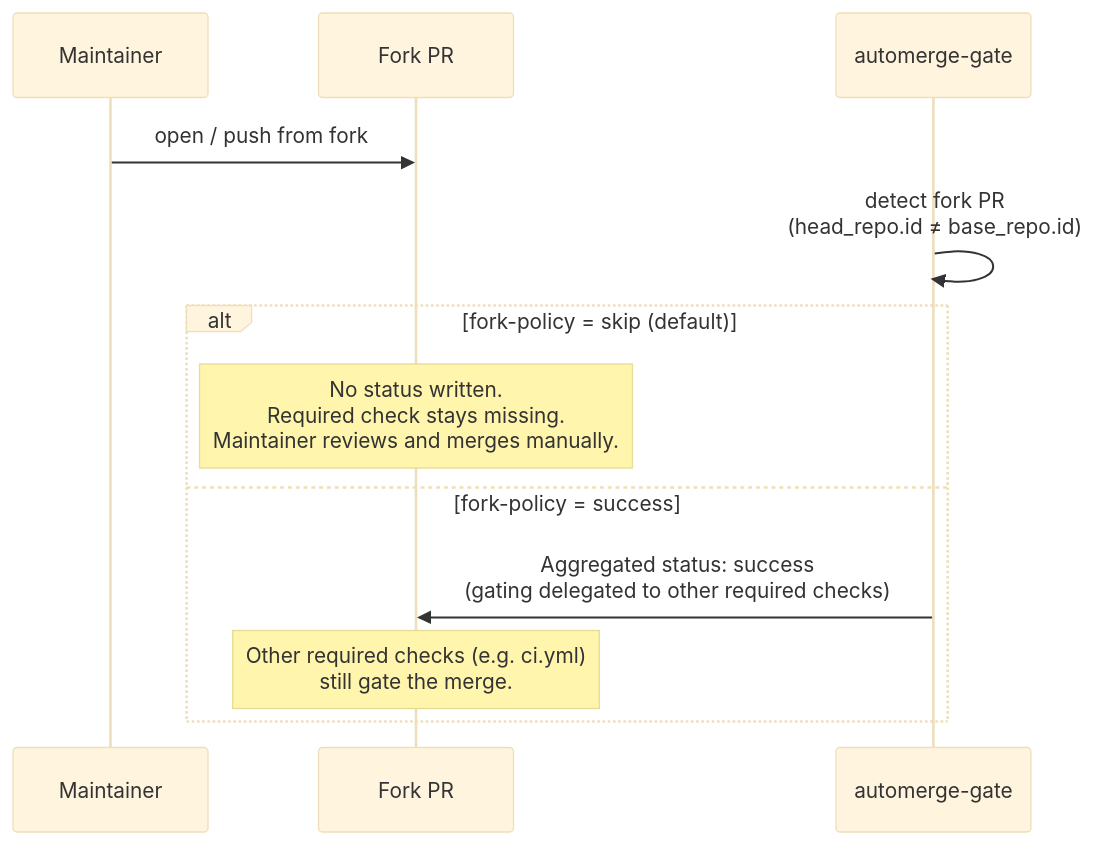
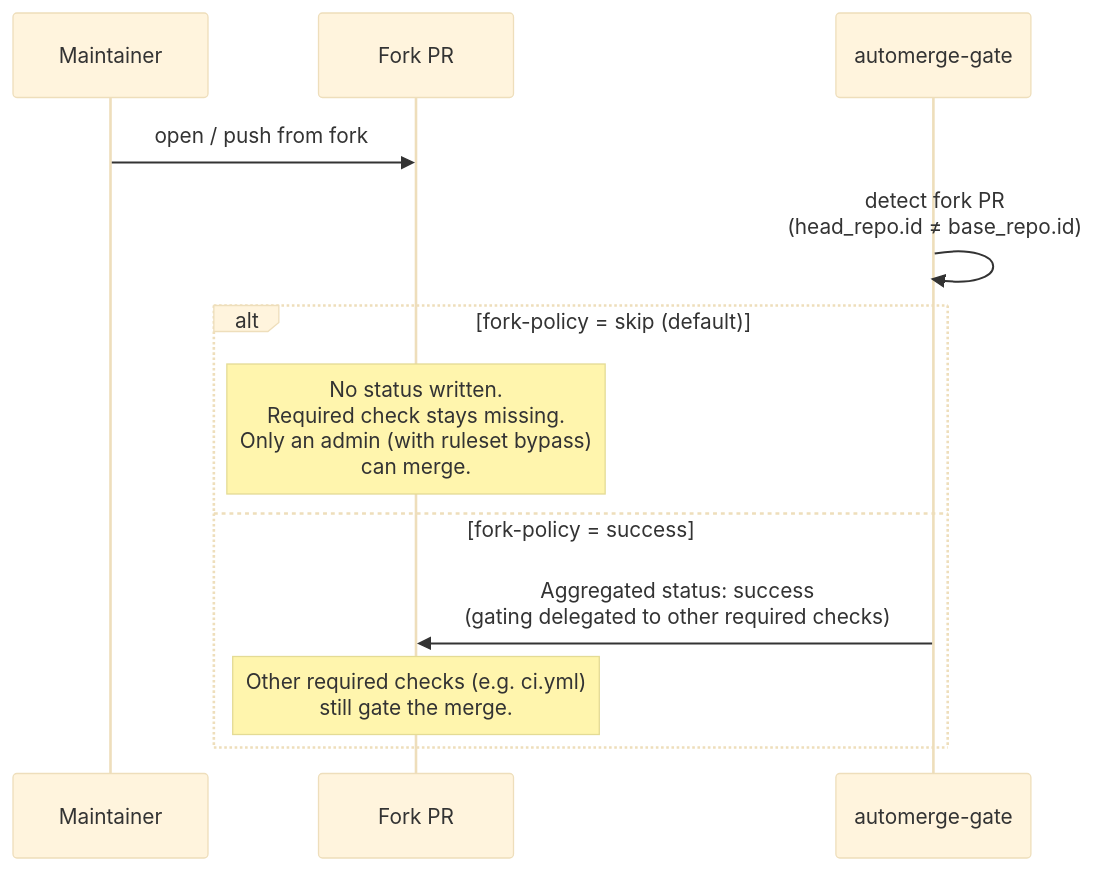
Before and after one commit to pkgdeps/check-suite-gate: the second of 2 diagrams in README.md, drawn with Mermaid (base theme). The commit also changed other lines of this file, not shown here.

First line of the commit message:
docs: clarify fork-policy semantics (admin bypass + AND-only ruleset)

````diff
--- a/README.md
+++ b/README.md
@@ -37,16 +37,16 @@
 ```mermaid
 sequenceDiagram
     participant U as Maintainer
     participant PR as Fork PR
     participant Gate as automerge-gate
 
     U->>PR: open / push from fork
     Gate->>Gate: detect fork PR<br/>(head_repo.id ≠ base_repo.id)
 
     alt fork-policy = skip (default)
-        Note over PR: No status written.<br/>Required check stays missing.<br/>Maintainer reviews and merges manually.
+        Note over PR: No status written.<br/>Required check stays missing.<br/>Only an admin (with ruleset bypass)<br/>can merge.
     else fork-policy = success
         Gate->>PR: Aggregated status: success<br/>(gating delegated to other required checks)
         Note over PR: Other required checks (e.g. ci.yml)<br/>still gate the merge.
     end
 ```
````
